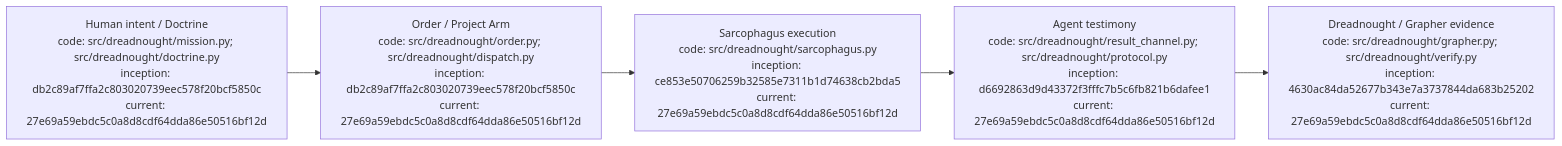
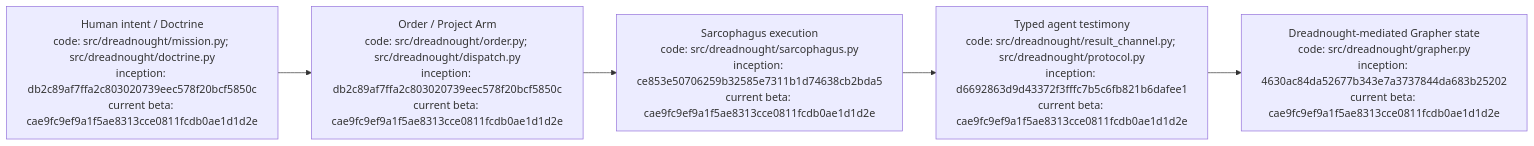
The diagram in README.md (seanbman/dreadnought), drawn with Mermaid before and after one commit. The commit also changed other lines of this file, not shown here.

Commit message:
Make Dreadnought README a user-friendly documentation entry point

````diff
--- a/README.md
+++ b/README.md
@@ -28,7 +127,7 @@
 ```mermaid
 flowchart LR
-    H["Human intent / Doctrine\ncode: src/dreadnought/mission.py; src/dreadnought/doctrine.py\ninception: db2c89af7ffa2c803020739eec578f20bcf5850c\ncurrent: 27e69a59ebdc5c0a8d8cdf64dda86e50516bf12d"] --> O["Order / Project Arm\ncode: src/dreadnought/order.py; src/dreadnought/dispatch.py\ninception: db2c89af7ffa2c803020739eec578f20bcf5850c\ncurrent: 27e69a59ebdc5c0a8d8cdf64dda86e50516bf12d"]
-    O --> S["Sarcophagus execution\ncode: src/dreadnought/sarcophagus.py\ninception: ce853e50706259b32585e7311b1d74638cb2bda5\ncurrent: 27e69a59ebdc5c0a8d8cdf64dda86e50516bf12d"]
-    S --> A["Agent testimony\ncode: src/dreadnought/result_channel.py; src/dreadnought/protocol.py\ninception: d6692863d9d43372f3fffc7b5c6fb821b6dafee1\ncurrent: 27e69a59ebdc5c0a8d8cdf64dda86e50516bf12d"]
-    A --> G["Dreadnought / Grapher evidence\ncode: src/dreadnought/grapher.py; src/dreadnought/verify.py\ninception: 4630ac84da52677b343e7a3737844da683b25202\ncurrent: 27e69a59ebdc5c0a8d8cdf64dda86e50516bf12d"]
+    H["Human intent / Doctrine\ncode: src/dreadnought/mission.py; src/dreadnought/doctrine.py\ninception: db2c89af7ffa2c803020739eec578f20bcf5850c\ncurrent beta: cae9fc9ef9a1f5ae8313cce0811fcdb0ae1d1d2e"] --> O["Order / Project Arm\ncode: src/dreadnought/order.py; src/dreadnought/dispatch.py\ninception: db2c89af7ffa2c803020739eec578f20bcf5850c\ncurrent beta: cae9fc9ef9a1f5ae8313cce0811fcdb0ae1d1d2e"]
+    O --> S["Sarcophagus execution\ncode: src/dreadnought/sarcophagus.py\ninception: ce853e50706259b32585e7311b1d74638cb2bda5\ncurrent beta: cae9fc9ef9a1f5ae8313cce0811fcdb0ae1d1d2e"]
+    S --> A["Typed agent testimony\ncode: src/dreadnought/result_channel.py; src/dreadnought/protocol.py\ninception: d6692863d9d43372f3fffc7b5c6fb821b6dafee1\ncurrent beta: cae9fc9ef9a1f5ae8313cce0811fcdb0ae1d1d2e"]
+    A --> G["Dreadnought-mediated Grapher state\ncode: src/dreadnought/grapher.py\ninception: 4630ac84da52677b343e7a3737844da683b25202\ncurrent beta: cae9fc9ef9a1f5ae8313cce0811fcdb0ae1d1d2e"]
 ```
````
